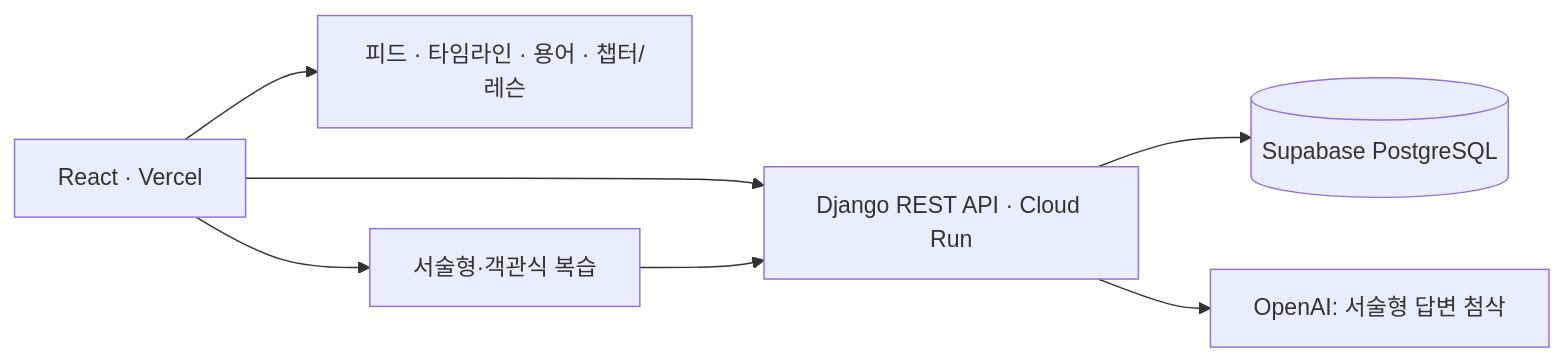
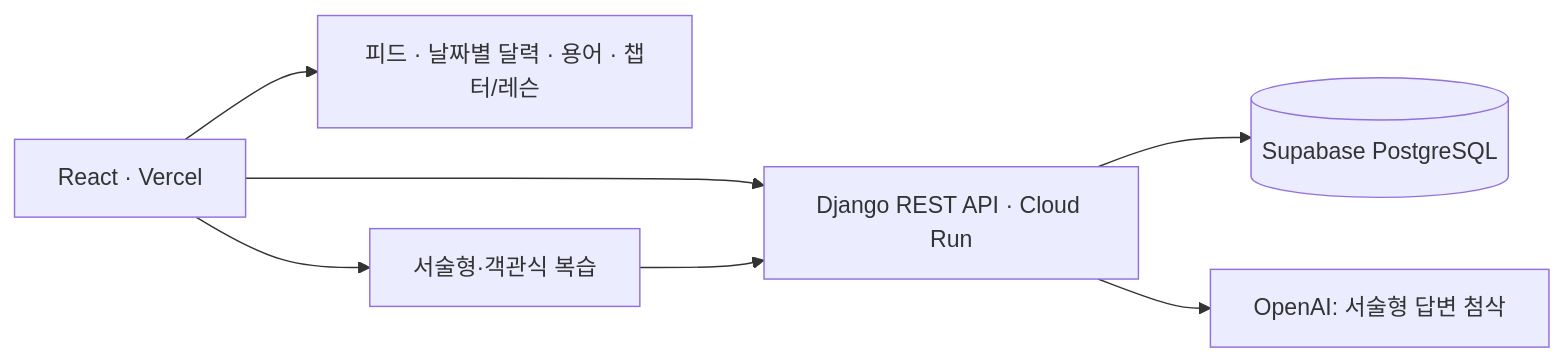
The second of 2 diagrams in README.md (clap-min99/ssd_studyapp), drawn with Mermaid before and after one commit. The commit also changed other lines of this file and 15 other files, not shown here.

````diff
--- a/README.md
+++ b/README.md
@@ -46,9 +46,9 @@
 ```mermaid
 flowchart LR
     Web[React · Vercel] --> API[Django REST API · Cloud Run]
     API --> DB[(Supabase PostgreSQL)]
-    Web --> Learn[피드 · 타임라인 · 용어 · 챕터/레슨]
+    Web --> Learn[피드 · 날짜별 달력 · 용어 · 챕터/레슨]
     Web --> Review[서술형·객관식 복습]
     Review --> API
     API --> AI[OpenAI: 서술형 답변 첨삭]
 ```
````
